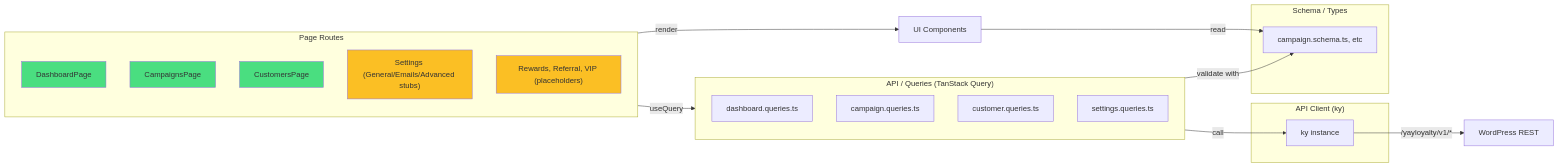
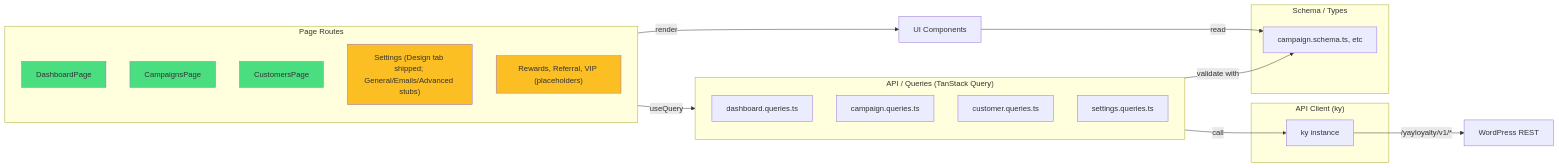
One commit to YayCommerce/YayLoyalty changed the second of 3 diagrams in docs/system-architecture.md. Above: the diagram before and after it, drawn with Mermaid. The commit also changed other lines of this file and 35 other files, not shown here.

Commit message:
Init design settings

````diff
--- a/docs/system-architecture.md
+++ b/docs/system-architecture.md
@@ -94,39 +94,39 @@
 ```mermaid
 flowchart LR
     subgraph Pages["Page Routes"]
         Dash["DashboardPage"]
         Camp["CampaignsPage"]
         Cust["CustomersPage"]
-        Set["Settings (General/Emails/Advanced stubs)"]
+        Set["Settings (Design tab shipped; General/Emails/Advanced stubs)"]
         Other["Rewards, Referral, VIP (placeholders)"]
     end
 
     subgraph Queries["API / Queries (TanStack Query)"]
         DashQry["dashboard.queries.ts"]
         CampQry["campaign.queries.ts"]
         CustQry["customer.queries.ts"]
         SetQry["settings.queries.ts"]
     end
 
     subgraph API["API Client (ky)"]
         KyClient["ky instance"]
     end
 
     subgraph Schema["Schema / Types"]
         ZodSchema["campaign.schema.ts, etc"]
     end
 
     Pages -->|useQuery| Queries
     Queries -->|call| KyClient
     KyClient -->|/yayloyalty/v1/*| WordPress["WordPress REST"]
     Queries -->|validate with| ZodSchema
 
     Pages -->|render| Components["UI Components"]
     Components -->|read| ZodSchema
 
     style Dash fill:#4ade80
     style Camp fill:#4ade80
     style Cust fill:#4ade80
     style Set fill:#fbbf24
     style Other fill:#fbbf24
 ```
````
